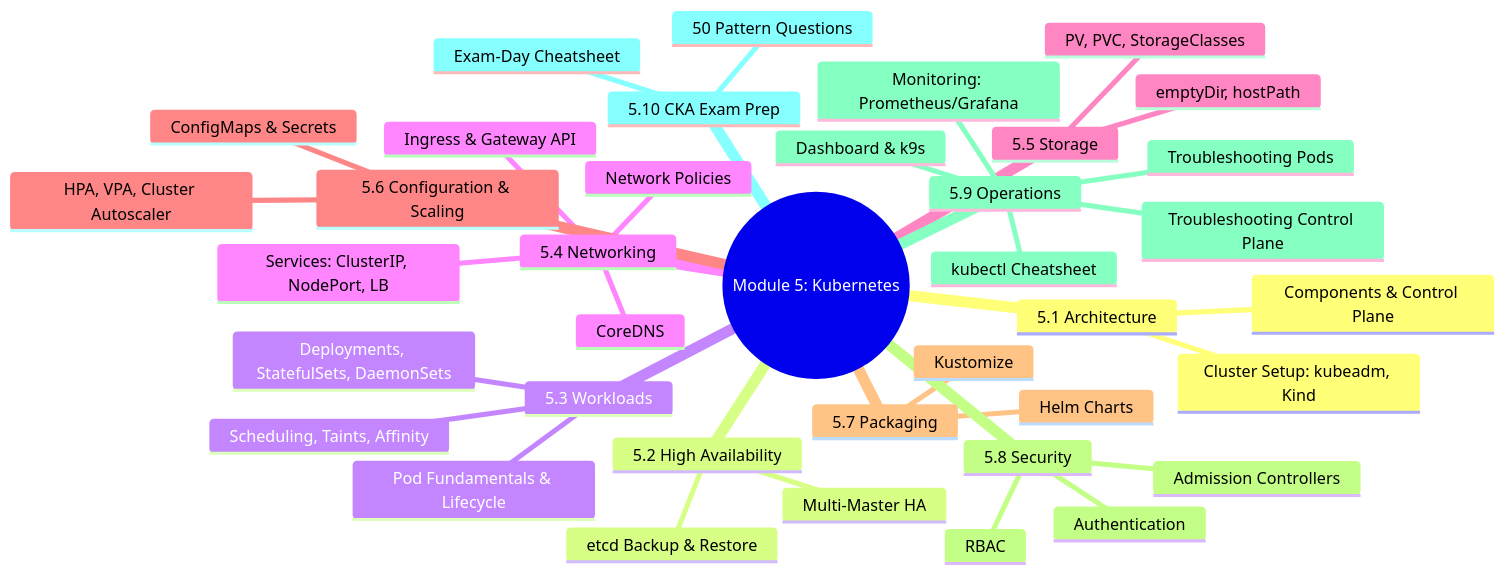
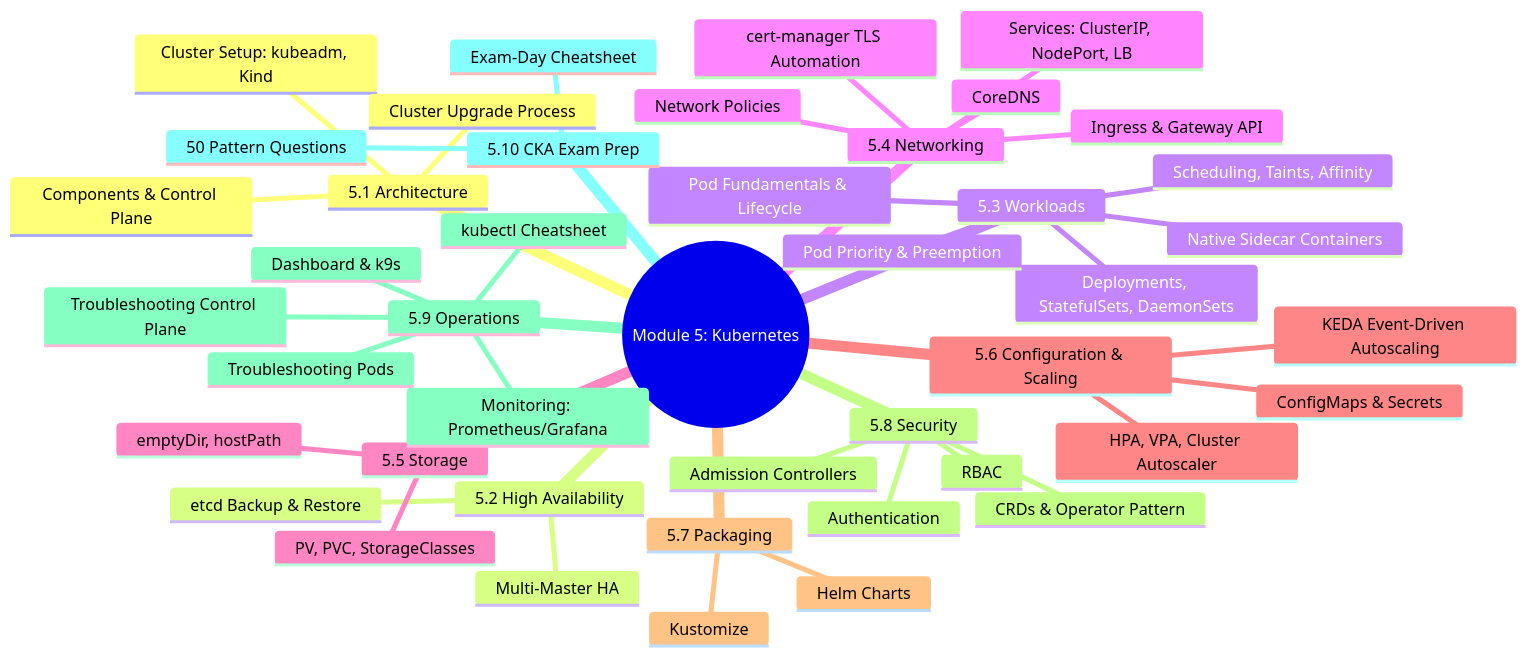
Before and after one commit to VidhyadharanSS/PlatformEngineeringNotes: the first of 3 diagrams in 5-Kubernetes/Module_5_Approach_Guide.md, drawn with Mermaid. The commit also changed 15 other files, not shown here.

````diff
--- a/5-Kubernetes/Module_5_Approach_Guide.md
+++ b/5-Kubernetes/Module_5_Approach_Guide.md
@@ -5,41 +5,47 @@
 ```mermaid
 mindmap
   root((Module 5: Kubernetes))
     5.1 Architecture
       Components & Control Plane
       Cluster Setup: kubeadm, Kind
+      Cluster Upgrade Process
     5.2 High Availability
       Multi-Master HA
       etcd Backup & Restore
     5.3 Workloads
       Pod Fundamentals & Lifecycle
+      Native Sidecar Containers
       Deployments, StatefulSets, DaemonSets
       Scheduling, Taints, Affinity
+      Pod Priority & Preemption
     5.4 Networking
       Services: ClusterIP, NodePort, LB
       Ingress & Gateway API
+      cert-manager TLS Automation
       Network Policies
       CoreDNS
     5.5 Storage
       emptyDir, hostPath
       PV, PVC, StorageClasses
     5.6 Configuration & Scaling
       ConfigMaps & Secrets
       HPA, VPA, Cluster Autoscaler
+      KEDA Event-Driven Autoscaling
     5.7 Packaging
       Kustomize
       Helm Charts
     5.8 Security
       Authentication
       RBAC
       Admission Controllers
+      CRDs & Operator Pattern
     5.9 Operations
       Troubleshooting Control Plane
       Troubleshooting Pods
       Monitoring: Prometheus/Grafana
       Dashboard & k9s
       kubectl Cheatsheet
     5.10 CKA Exam Prep
       50 Pattern Questions
       Exam-Day Cheatsheet
 ```
````
